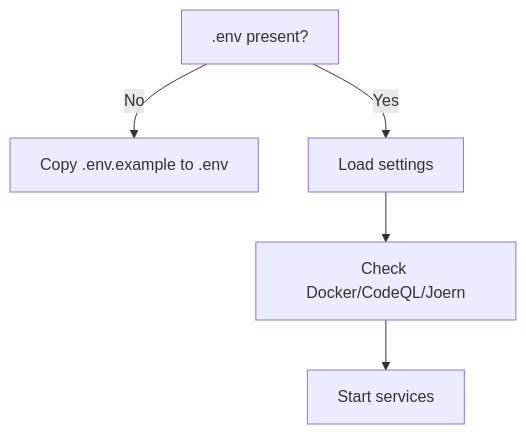
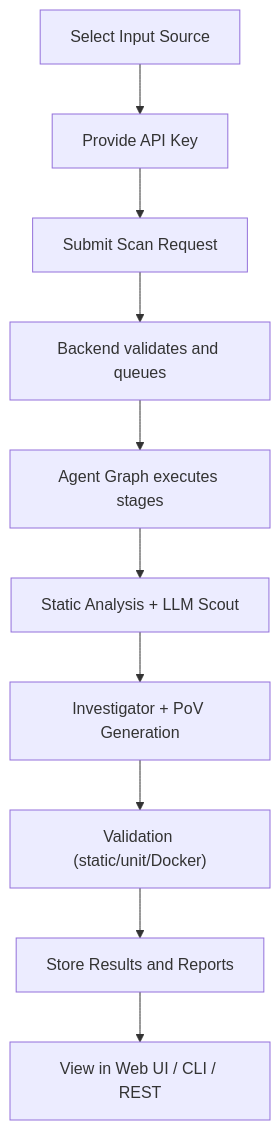
Before and after one commit to keysight-anya/AutoPoV: the seventh of 9 diagrams in .qoder/repowiki/en/content/Getting Started.md, drawn with Mermaid. The commit also changed other lines of this file and 218 other files, not shown here.

````diff
--- a/.qoder/repowiki/en/content/Getting Started.md
+++ b/.qoder/repowiki/en/content/Getting Started.md
@@ -180,7 +219,12 @@
 ```mermaid
 flowchart TD
-A[".env present?"] --> |No| B["Copy .env.example to .env"]
-A --> |Yes| C["Load settings"]
-C --> D["Check Docker/CodeQL/Joern"]
-D --> E["Start services"]
+A["Select Input Source"] --> B["Provide API Key"]
+B --> C["Submit Scan Request"]
+C --> D["Backend validates and queues"]
+D --> E["Agent Graph executes stages"]
+E --> F["Static Analysis + LLM Scout"]
+F --> G["Investigator + PoV Generation"]
+G --> H["Validation (static/unit/Docker)"]
+H --> I["Store Results and Reports"]
+I --> J["View in Web UI / CLI / REST"]
 ```
````
